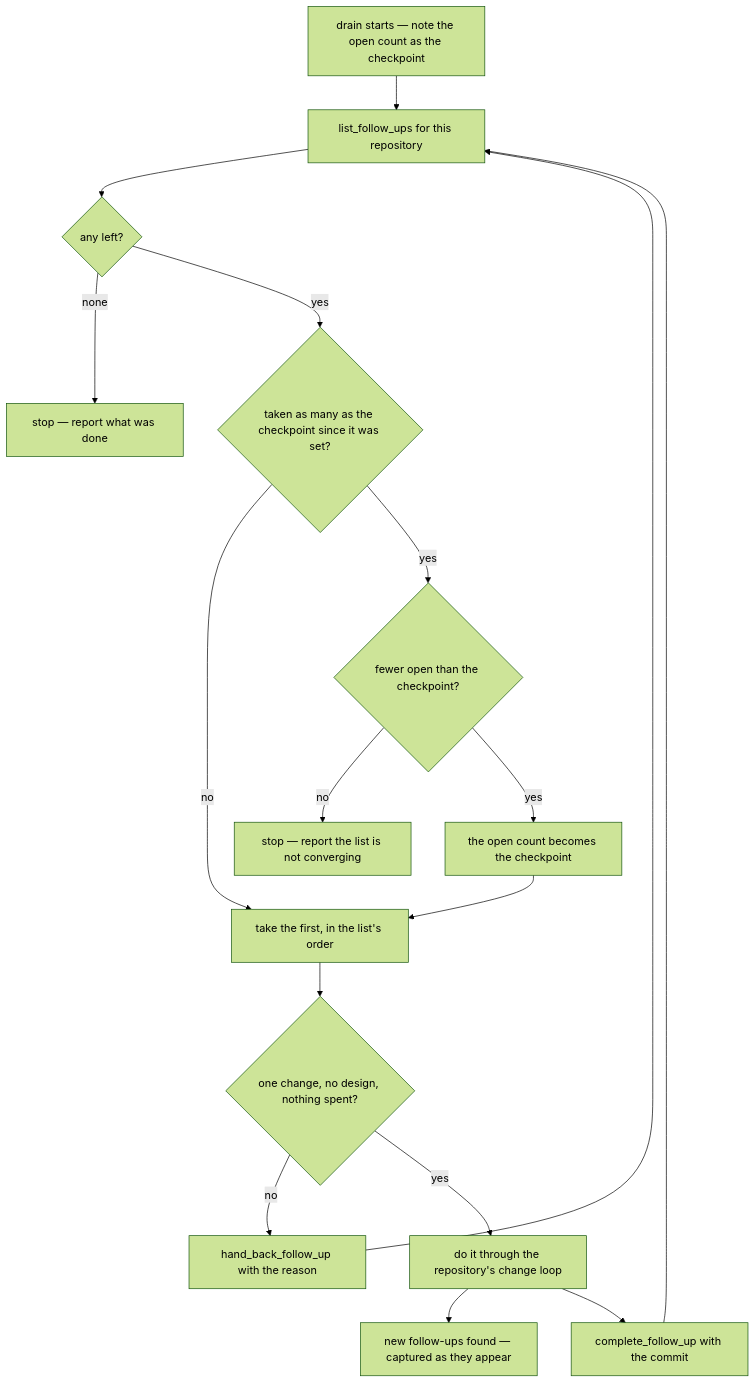
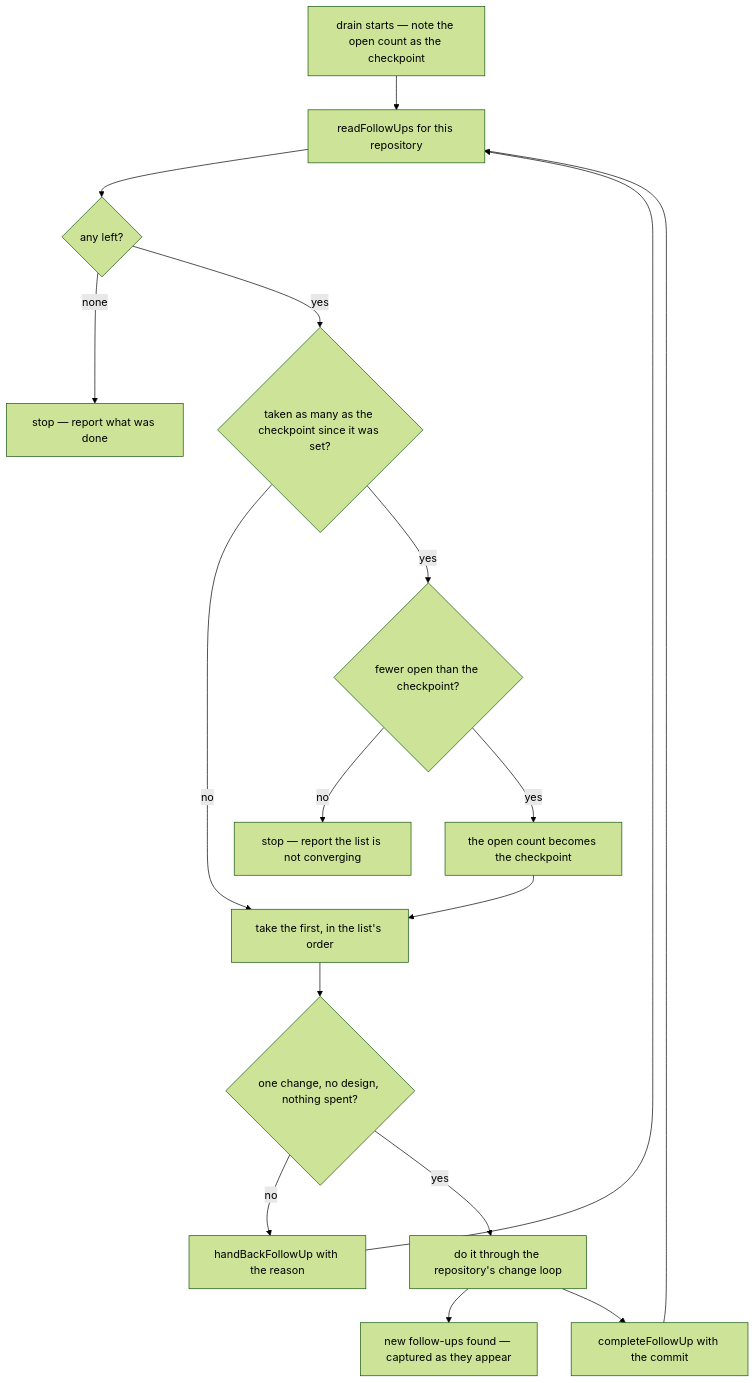
Before and after one commit to Esposter/Esposter: the diagram in apps/web/content/docs/proposals/resource/todolist-agent-follow-ups/drain.md, drawn with Mermaid (forest theme). The commit also changed other lines of this file and 4 other files, not shown here.

````diff
--- a/apps/web/content/docs/proposals/resource/todolist-agent-follow-ups/drain.md
+++ b/apps/web/content/docs/proposals/resource/todolist-agent-follow-ups/drain.md
@@ -13,19 +13,19 @@
 ```mermaid
 flowchart TD
-  START["drain starts — note the open count as the checkpoint"] --> LIST["list_follow_ups for this repository"]
+  START["drain starts — note the open count as the checkpoint"] --> LIST["readFollowUps for this repository"]
   LIST --> EMPTY{"any left?"}
   EMPTY -->|"none"| DONE["stop — report what was done"]
   EMPTY -->|"yes"| DUE{"taken as many as the checkpoint since it was set?"}
   DUE -->|"no"| TAKE["take the first, in the list's order"]
   DUE -->|"yes"| CONV{"fewer open than the checkpoint?"}
   CONV -->|"no"| STALL["stop — report the list is not converging"]
   CONV -->|"yes"| RESET["the open count becomes the checkpoint"]
   RESET --> TAKE
   TAKE --> FITS{"one change, no design, nothing spent?"}
-  FITS -->|"no"| BACK["hand_back_follow_up with the reason"]
+  FITS -->|"no"| BACK["handBackFollowUp with the reason"]
   FITS -->|"yes"| WORK["do it through the repository's change loop"]
   WORK --> FOUND["new follow-ups found — captured as they appear"]
-  WORK --> TICK["complete_follow_up with the commit"]
+  WORK --> TICK["completeFollowUp with the commit"]
   BACK --> LIST
   TICK --> LIST
 ```
````
